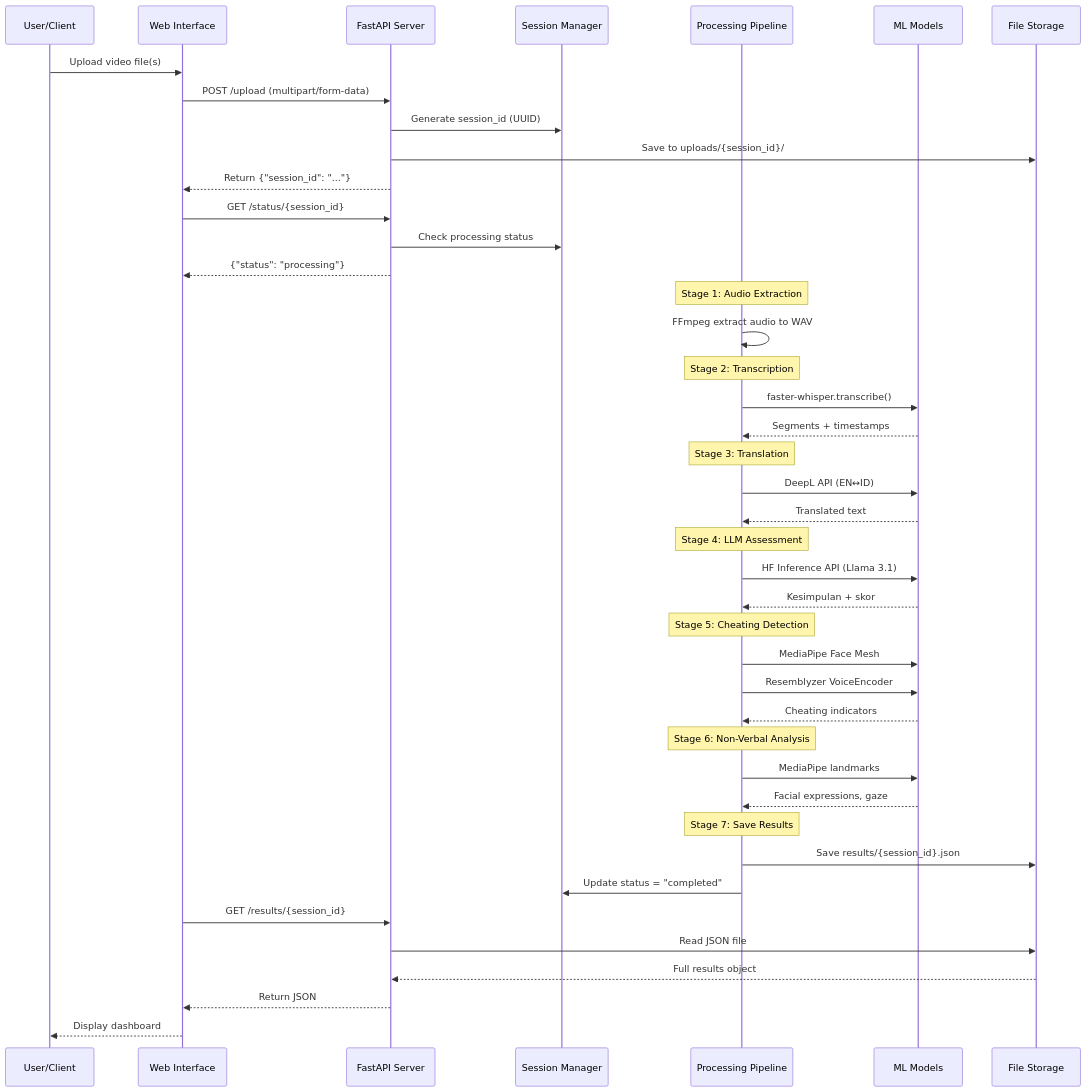
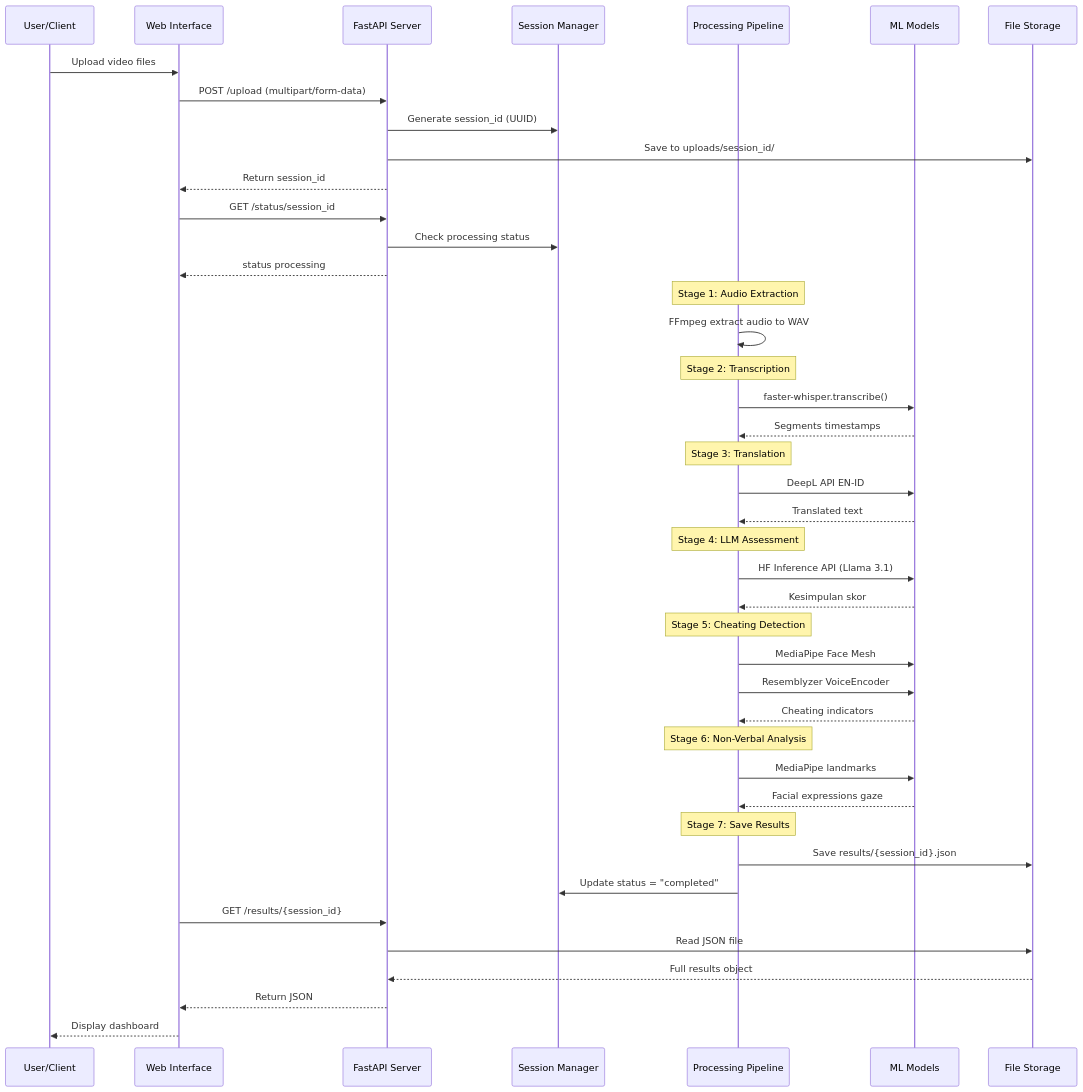
One commit to dapakyuu/Interview_Assesment_System changed the second of 4 diagrams in mkdocs/docs/development/architecture.md. Above: the diagram before and after it, drawn with Mermaid. The commit also changed other lines of this file and 7 other files, not shown here.

````diff
--- a/mkdocs/docs/development/architecture.md
+++ b/mkdocs/docs/development/architecture.md
@@ -127,54 +127,54 @@
 ```mermaid
 sequenceDiagram
     participant U as User/Client
     participant W as Web Interface
     participant A as FastAPI Server
     participant S as Session Manager
     participant P as Processing Pipeline
     participant M as ML Models
     participant F as File Storage
 
-    U->>W: Upload video file(s)
+    U->>W: Upload video files
     W->>A: POST /upload (multipart/form-data)
     A->>S: Generate session_id (UUID)
-    A->>F: Save to uploads/{session_id}/
-    A-->>W: Return {"session_id": "..."}
+    A->>F: Save to uploads/session_id/
+    A-->>W: Return session_id
 
-    W->>A: GET /status/{session_id}
+    W->>A: GET /status/session_id
     A->>S: Check processing status
-    A-->>W: {"status": "processing"}
+    A-->>W: status processing
 
     Note over P: Stage 1: Audio Extraction
     P->>P: FFmpeg extract audio to WAV
 
     Note over P: Stage 2: Transcription
     P->>M: faster-whisper.transcribe()
-    M-->>P: Segments + timestamps
+    M-->>P: Segments timestamps
 
     Note over P: Stage 3: Translation
-    P->>M: DeepL API (EN↔ID)
+    P->>M: DeepL API EN-ID
     M-->>P: Translated text
 
     Note over P: Stage 4: LLM Assessment
     P->>M: HF Inference API (Llama 3.1)
-    M-->>P: Kesimpulan + skor
+    M-->>P: Kesimpulan skor
 
     Note over P: Stage 5: Cheating Detection
     P->>M: MediaPipe Face Mesh
     P->>M: Resemblyzer VoiceEncoder
     M-->>P: Cheating indicators
 
     Note over P: Stage 6: Non-Verbal Analysis
     P->>M: MediaPipe landmarks
-    M-->>P: Facial expressions, gaze
+    M-->>P: Facial expressions gaze
 
     Note over P: Stage 7: Save Results
     P->>F: Save results/{session_id}.json
     P->>S: Update status = "completed"
 
     W->>A: GET /results/{session_id}
     A->>F: Read JSON file
     F-->>A: Full results object
     A-->>W: Return JSON
     W-->>U: Display dashboard
 ```
````
